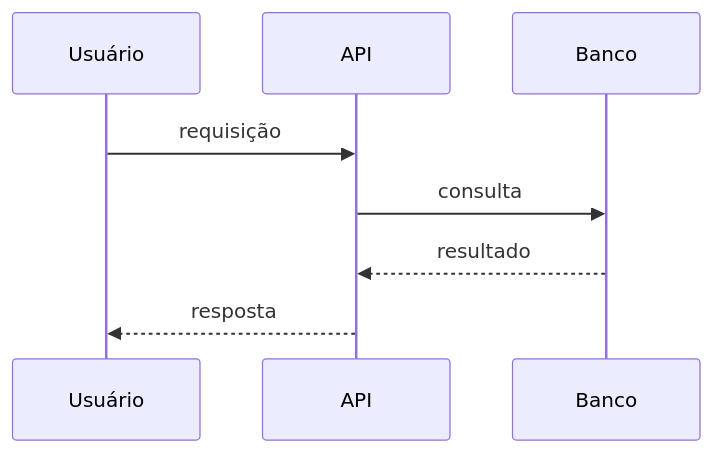
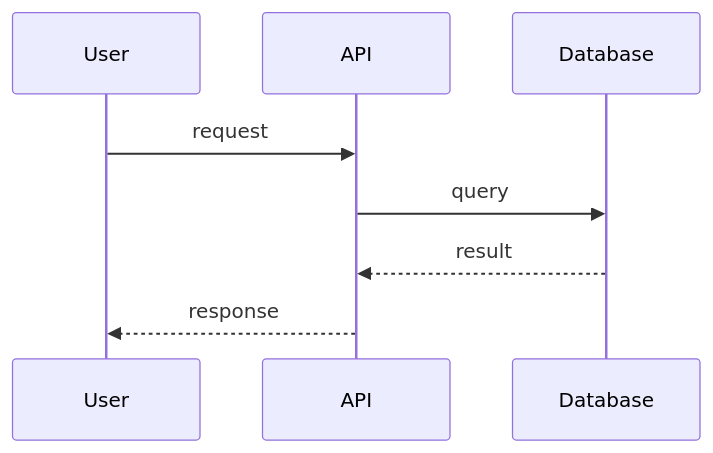
One commit to fcjbispo/Factory changed the second of 2 diagrams in src/docs/templates/architecture/overview.md. Above: the diagram before and after it, drawn with Mermaid. The commit also changed other lines of this file and 13 other files, not shown here.

````diff
--- a/src/docs/templates/architecture/overview.md
+++ b/src/docs/templates/architecture/overview.md
@@ -60,10 +60,10 @@
 ```mermaid
 sequenceDiagram
-    participant U as Usuário
+    participant U as User
     participant A as API
-    participant DB as Banco
-    U->>A: requisição
-    A->>DB: consulta
-    DB-->>A: resultado
-    A-->>U: resposta
+    participant DB as Database
+    U->>A: request
+    A->>DB: query
+    DB-->>A: result
+    A-->>U: response
 ```
````
